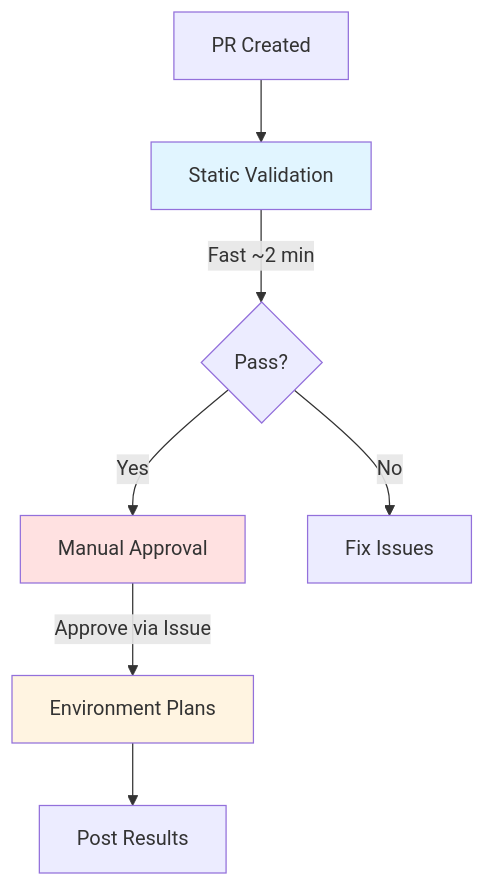
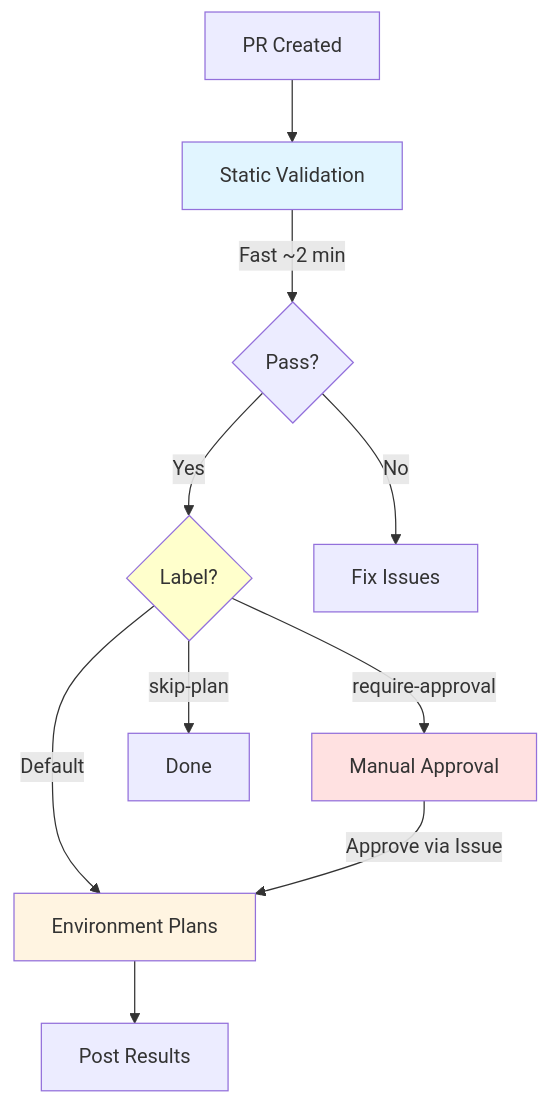
One commit to kewalaka/terraform-azure-starter-template changed the diagram in README.md. Above: the diagram before and after it, drawn with Mermaid. The commit also changed other lines of this file and 3 other files, not shown here.

Commit message:
Add label-based workflow control: auto-plan by default, optional approval and skip

````diff
--- a/README.md
+++ b/README.md
@@ -16,13 +16,17 @@
 ```mermaid
 graph TD
     A[PR Created] --> B[Static Validation]
     B -->|Fast ~2 min| C{Pass?}
-    C -->|Yes| D[Manual Approval]
+    C -->|Yes| D{Label?}
     C -->|No| E[Fix Issues]
-    D -->|Approve via Issue| F[Environment Plans]
-    F --> G[Post Results]
+    D -->|Default| F[Environment Plans]
+    D -->|require-approval| G[Manual Approval]
+    D -->|skip-plan| H[Done]
+    G -->|Approve via Issue| F
+    F --> I[Post Results]
     
     style B fill:#e1f5ff
-    style D fill:#ffe1e1
+    style D fill:#ffffcc
+    style G fill:#ffe1e1
     style F fill:#fff4e1
 ```
````
